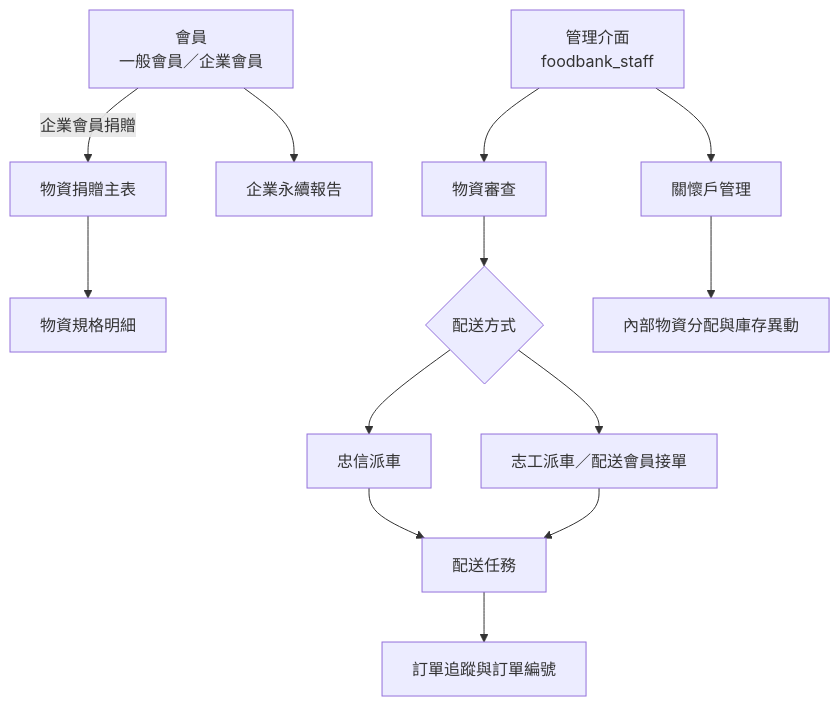
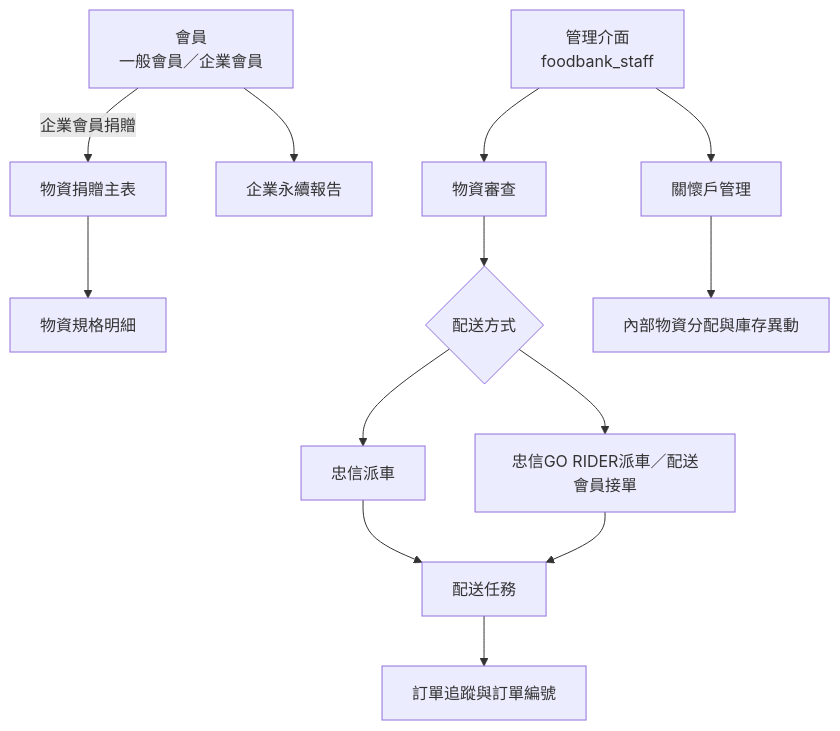
One commit to Xccc0830/foodbank-project changed the diagram in docs/planning/design.md. Above: the diagram before and after it, drawn with Mermaid. The commit also changed 5 other files, not shown here.

````diff
--- a/docs/planning/design.md
+++ b/docs/planning/design.md
@@ -8,17 +8,17 @@
 ```mermaid
 flowchart TD
 	Member[會員\n一般會員／企業會員]
 	Staff[管理介面\nfoodbank_staff]
 	Member -->|企業會員捐贈| Donation[物資捐贈主表]
 	Donation --> Items[物資規格明細]
 	Staff --> Review[物資審查]
 	Review --> Dispatch{配送方式}
 	Dispatch --> Loyal[忠信派車]
-	Dispatch --> MemberDispatch[志工派車／配送會員接單]
+	Dispatch --> MemberDispatch[忠信GO RIDER派車／配送會員接單]
 	MemberDispatch --> Delivery[配送任務]
 	Loyal --> Delivery
 	Delivery --> Order[訂單追蹤與訂單編號]
 	Member --> Sustainability[企業永續報告]
 	Staff --> Care[關懷戶管理]
 	Care --> Stock[內部物資分配與庫存異動]
 ```
````
